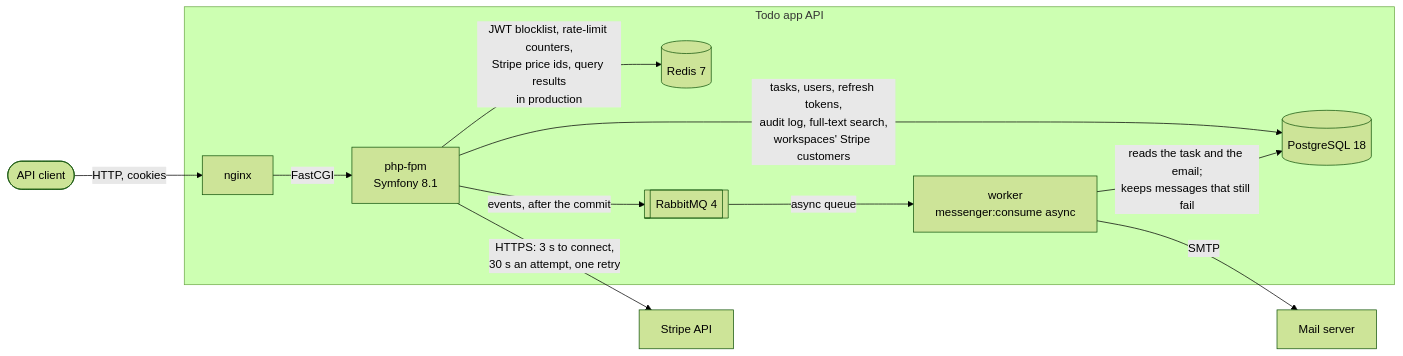
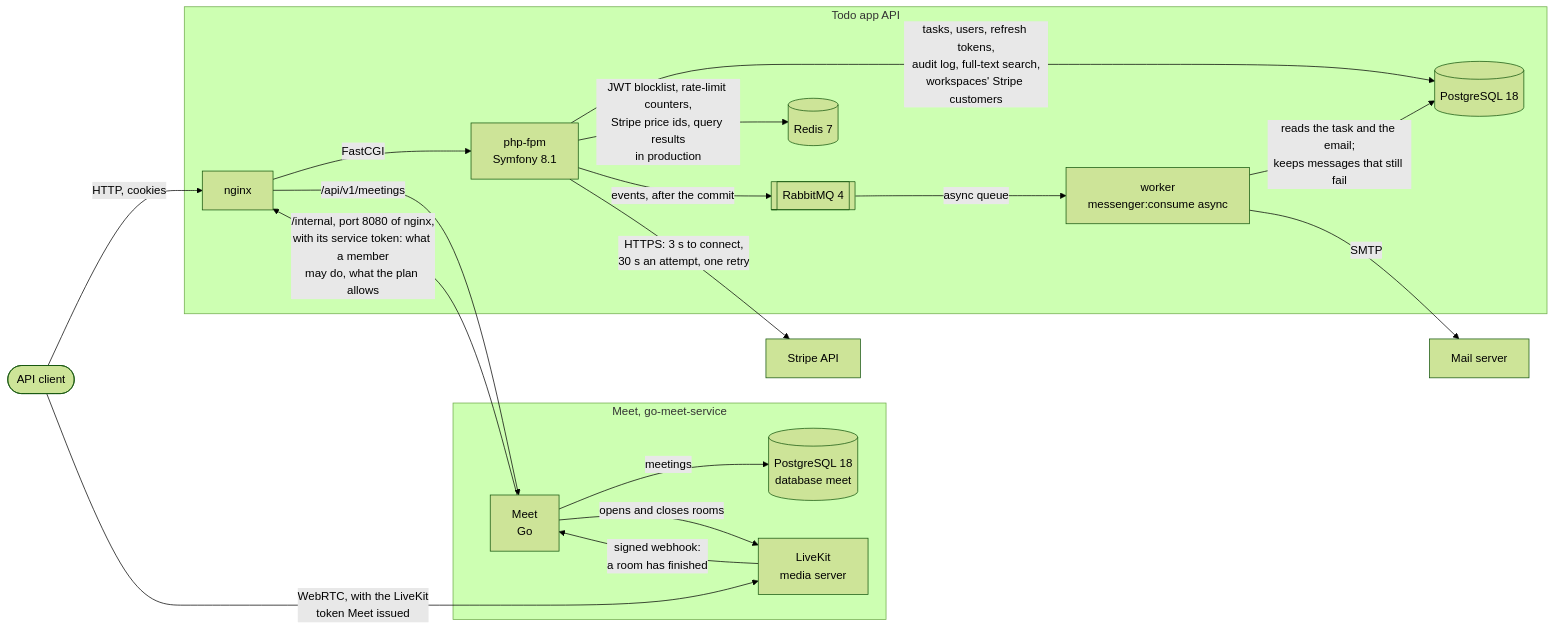
Before and after one commit to NikitaSomik/symfony-todo-app: the second of 6 diagrams in docs/architecture.md, drawn with Mermaid (forest theme). The commit also changed other lines of this file and 7 other files, not shown here.

Commit message:
feat(meet): route meetings to meet through nginx and run it with livekit in the compose stack (#138)

````diff
--- a/docs/architecture.md
+++ b/docs/architecture.md
@@ -38,26 +38,38 @@
 ```mermaid
 flowchart LR
     client([API client])
 
     subgraph system [Todo app API]
         nginx[nginx]
         app[php-fpm<br/>Symfony 8.1]
         worker[worker<br/>messenger:consume async]
         db[(PostgreSQL 18)]
         redis[(Redis 7)]
         mq[[RabbitMQ 4]]
     end
 
+    subgraph meetsystem [Meet, go-meet-service]
+        meet[Meet<br/>Go]
+        meetdb[(PostgreSQL 18<br/>database meet)]
+        livekit[LiveKit<br/>media server]
+    end
+
     mail[Mail server]
     stripe[Stripe API]
 
     client -->|HTTP, cookies| nginx
     nginx -->|FastCGI| app
+    nginx -->|/api/v1/meetings| meet
+    meet -->|/internal, port 8080 of nginx,<br/>with its service token: what a member<br/>may do, what the plan allows| nginx
+    meet -->|meetings| meetdb
+    meet -->|opens and closes rooms| livekit
+    livekit -->|signed webhook:<br/>a room has finished| meet
+    client -->|WebRTC, with the LiveKit<br/>token Meet issued| livekit
     app -->|tasks, users, refresh tokens,<br/>audit log, full-text search,<br/>workspaces' Stripe customers| db
     app -->|JWT blocklist, rate-limit counters,<br/>Stripe price ids, query results<br/>in production| redis
     app -->|events, after the commit| mq
     mq -->|async queue| worker
     worker -->|reads the task and the email;<br/>keeps messages that still fail| db
     worker -->|SMTP| mail
     app -->|HTTPS: 3 s to connect,<br/>30 s an attempt, one retry| stripe
 ```
````
